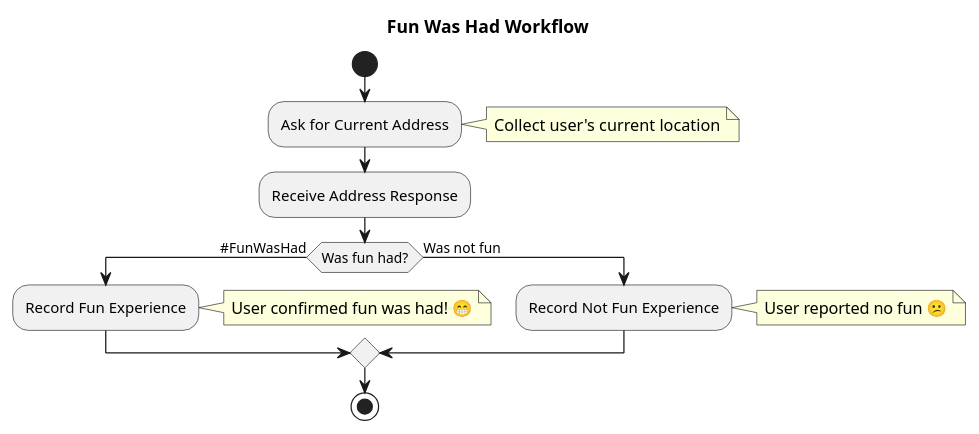
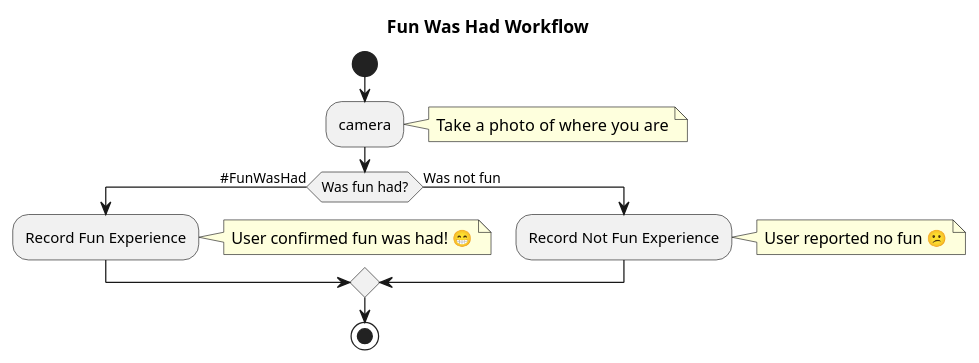
One commit to sharpninja/FunWasHad changed the diagram in workflow.puml. Above: the diagram before and after it, drawn with PlantUML. The commit also changed 78 other files, not shown here.

```diff
--- a/workflow.puml
+++ b/workflow.puml
@@ -1,21 +1,19 @@
 @startuml
 title Fun Was Had Workflow
 
 start;
 
-:Ask for Current Address;
-note right: Collect user's current location
-
-:Receive Address Response;
+:camera;
+note right: Take a photo of where you are
 
 if (Was fun had?) then (#FunWasHad)
   :Record Fun Experience;
   note right: User confirmed fun was had! 😁
 else (Was not fun)
   :Record Not Fun Experience;
   note right: User reported no fun 😕
 endif;
 
 stop;
 
 @enduml
```
